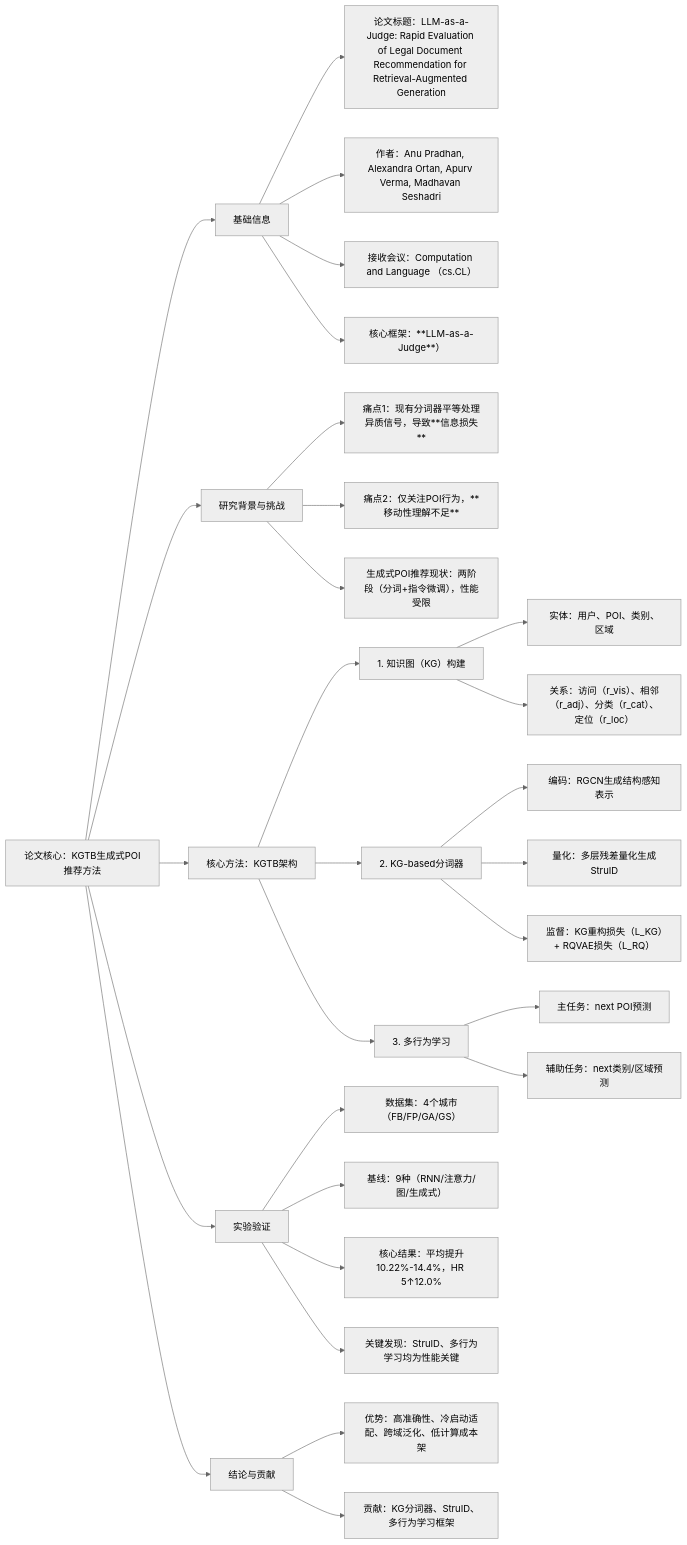
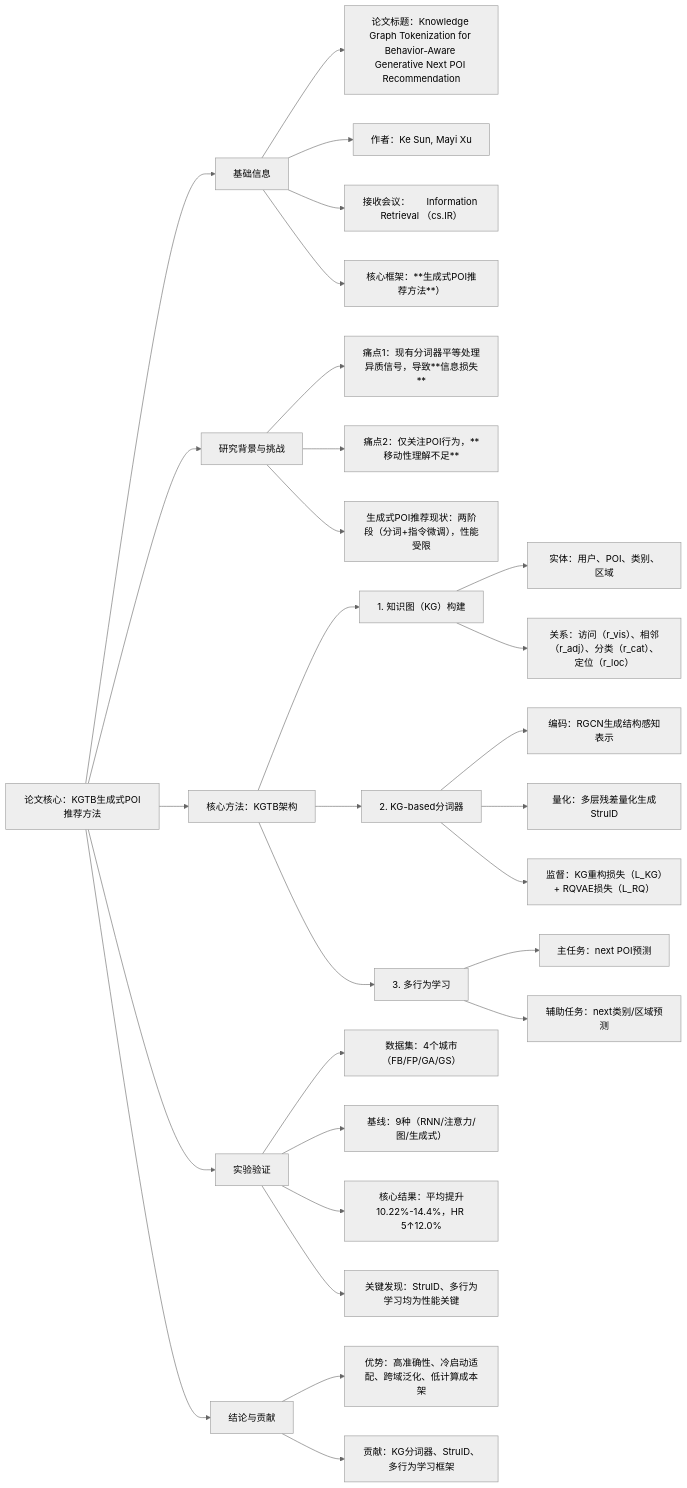
Before and after one commit to stephenZkang/recommended-paper-weekly-reading: the diagram in notes/2509/3-week/006-KGTB.md, drawn with Mermaid (neutral theme).

Commit message:
feat(每周推荐): 3-week
1. 9月第三周论文第六篇:论文核心：KGTB生成式POI推荐方法

````diff
--- a/notes/2509/3-week/006-KGTB.md
+++ b/notes/2509/3-week/006-KGTB.md
@@ -9,40 +9,40 @@
 ```mermaid
 graph LR
 A[论文核心：KGTB生成式POI推荐方法] --> B[基础信息]
 
-B --> B1[论文标题：LLM-as-a-Judge: Rapid Evaluation of Legal Document Recommendation for Retrieval-Augmented Generation]
-B --> B2[作者：Anu Pradhan, Alexandra Ortan, Apurv Verma, Madhavan Seshadri]
-B --> B3[接收会议：Computation and Language （cs.CL）]
-B --> B4[核心框架：**LLM-as-a-Judge**）]
+B --> B1[论文标题：Knowledge Graph Tokenization for Behavior-Aware Generative Next POI Recommendation]
+B --> B2[作者：Ke Sun, Mayi Xu]
+B --> B3[接收会议：	Information Retrieval （cs.IR）]
+B --> B4[核心框架：**生成式POI推荐方法**）]
 
 A --> C[研究背景与挑战]
 C --> C1[痛点1：现有分词器平等处理异质信号，导致**信息损失**]
 C --> C2[痛点2：仅关注POI行为，**移动性理解不足**]
 C --> C3[生成式POI推荐现状：两阶段（分词+指令微调），性能受限]
 
 A --> D[核心方法：KGTB架构]
 
 D --> D1[1. 知识图（KG）构建]
 D1 --> D11[实体：用户、POI、类别、区域]
 D1 --> D12[关系：访问（r_vis）、相邻（r_adj）、分类（r_cat）、定位（r_loc）]
 D --> D2[2. KG-based分词器]
 D2 --> D21[编码：RGCN生成结构感知表示]
 D2 --> D22[量化：多层残差量化生成StruID]
 D2 --> D23[监督：KG重构损失（L_KG）+ RQVAE损失（L_RQ）]
 D --> D3[3. 多行为学习]
 D3 --> D31[主任务：next POI预测]
 D3 --> D32[辅助任务：next类别/区域预测]
 
 
 A --> E[实验验证]
 
 E --> E1[数据集：4个城市（FB/FP/GA/GS）]
 E --> E2[基线：9种（RNN/注意力/图/生成式）]
 E --> E3[核心结果：平均提升10.22%-14.4%，HR 5↑12.0%]
 E --> E4[关键发现：StruID、多行为学习均为性能关键]
 
 A --> F[结论与贡献]
 
 F --> F1[优势：高准确性、冷启动适配、跨域泛化、低计算成本架]
 F --> F2[贡献：KG分词器、StruID、多行为学习框架]
 ```
````
